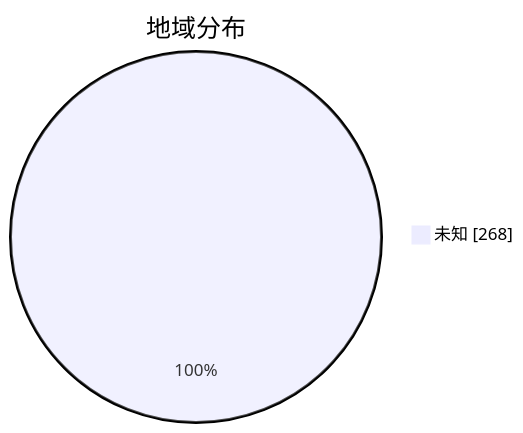
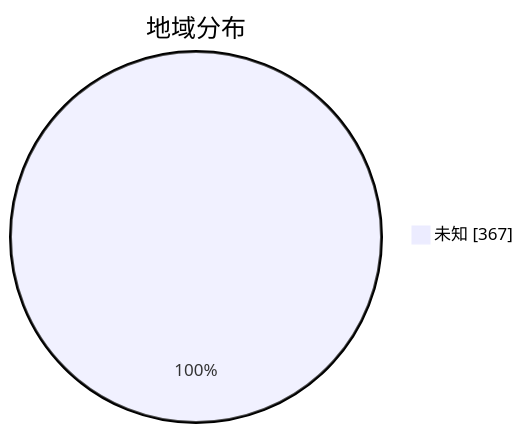
One commit to qjlxg/airport changed the second of 3 diagrams in subs/statistics/tested_within.md. Above: the diagram before and after it, drawn with Mermaid. The commit also changed other lines of this file and 2 other files, not shown here.

````diff
--- a/subs/statistics/tested_within.md
+++ b/subs/statistics/tested_within.md
@@ -13,5 +14,5 @@
 ```mermaid
 pie showData
 title 地域分布
-"未知" : 268
+"未知" : 367
 ```
````
